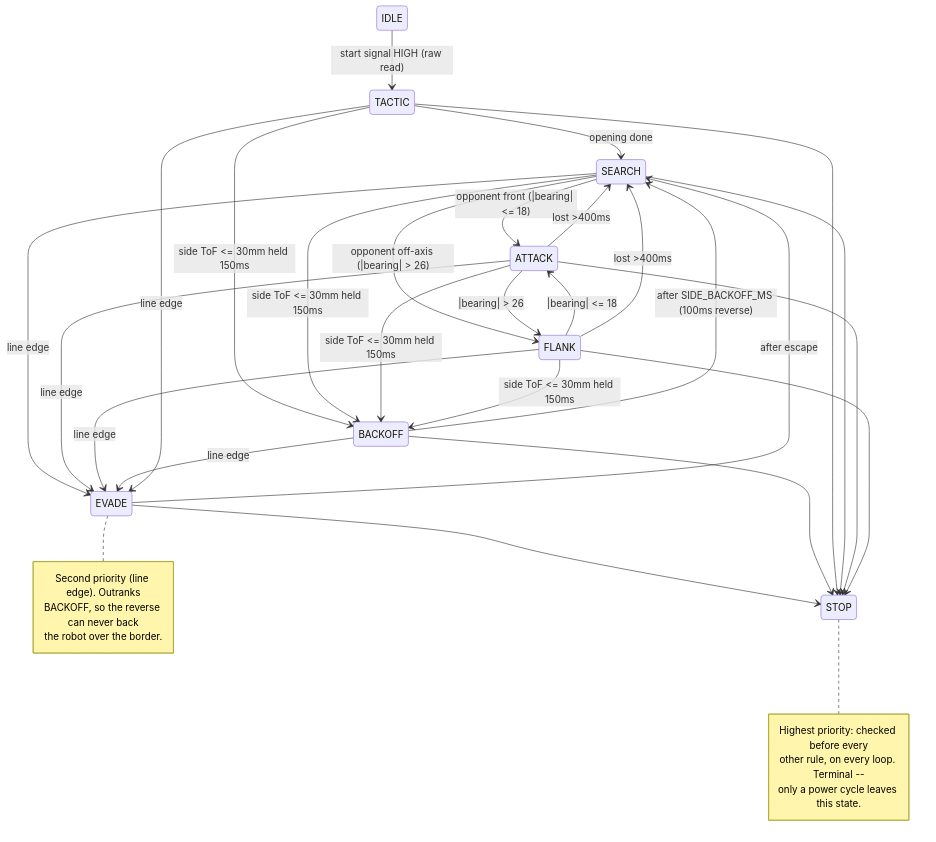
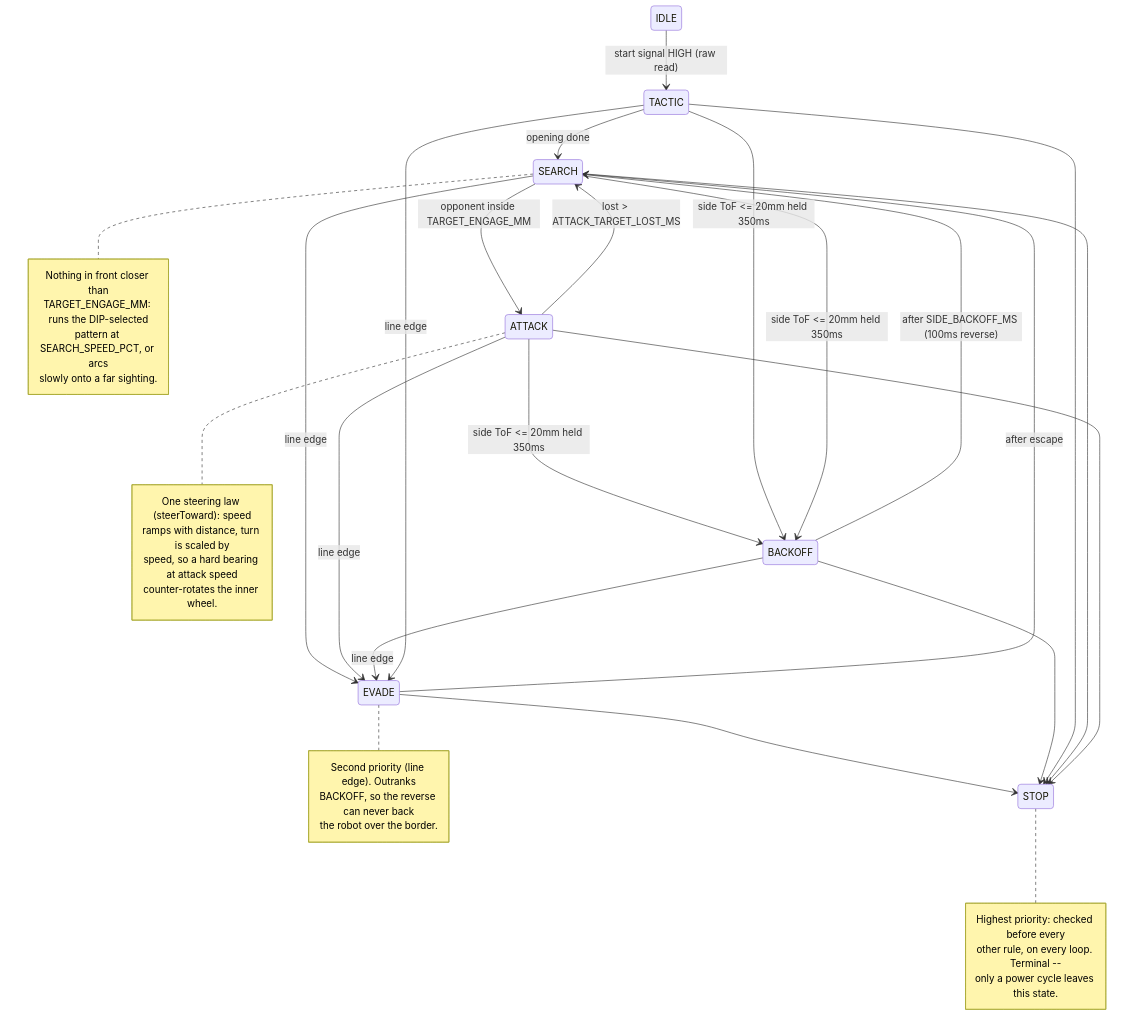
Before and after one commit to sabinM1/TAXI: the diagram in TAXI_Firmware/diagram.mmd, drawn with Mermaid. The commit also changed 5 other files, not shown here.

First line of the commit message:
Raise front-corner steering authority and straighten before impact

```diff
--- a/TAXI_Firmware/diagram.mmd
+++ b/TAXI_Firmware/diagram.mmd
@@ -1,36 +1,41 @@
 stateDiagram-v2
   IDLE --> TACTIC: start signal HIGH (raw read)
   TACTIC --> SEARCH: opening done
-  SEARCH --> ATTACK: opponent front (|bearing| <= 18)
-  SEARCH --> FLANK: opponent off-axis (|bearing| > 26)
-  ATTACK --> FLANK: |bearing| > 26
-  FLANK --> ATTACK: |bearing| <= 18
-  ATTACK --> SEARCH: lost >400ms
-  FLANK --> SEARCH: lost >400ms
+  SEARCH --> ATTACK: opponent inside TARGET_ENGAGE_MM
+  ATTACK --> SEARCH: lost > ATTACK_TARGET_LOST_MS
+  ATTACK --> BACKOFF: side ToF <= 20mm held 350ms
   BACKOFF --> SEARCH: after SIDE_BACKOFF_MS (100ms reverse)
+  TACTIC --> BACKOFF: side ToF <= 20mm held 350ms
+  SEARCH --> BACKOFF: side ToF <= 20mm held 350ms
   EVADE --> SEARCH: after escape
-  TACTIC --> BACKOFF: side ToF <= 30mm held 150ms
-  SEARCH --> BACKOFF: side ToF <= 30mm held 150ms
-  ATTACK --> BACKOFF: side ToF <= 30mm held 150ms
-  FLANK --> BACKOFF: side ToF <= 30mm held 150ms
   SEARCH --> EVADE: line edge
   ATTACK --> EVADE: line edge
-  FLANK --> EVADE: line edge
   BACKOFF --> EVADE: line edge
   TACTIC --> EVADE: line edge
   EVADE --> STOP
   BACKOFF --> STOP
   TACTIC --> STOP
   SEARCH --> STOP
   ATTACK --> STOP
-  FLANK --> STOP
+  note right of SEARCH
+    Nothing in front closer than
+    TARGET_ENGAGE_MM: runs the DIP-selected
+    pattern at SEARCH_SPEED_PCT, or arcs
+    slowly onto a far sighting.
+  end note
+  note right of ATTACK
+    One steering law (steerToward): speed
+    ramps with distance, turn is scaled by
+    speed, so a hard bearing at attack speed
+    counter-rotates the inner wheel.
+  end note
   note right of STOP
     Highest priority: checked before every
     other rule, on every loop. Terminal --
     only a power cycle leaves this state.
   end note
   note right of EVADE
     Second priority (line edge). Outranks
     BACKOFF, so the reverse can never back
     the robot over the border.
   end note
```
